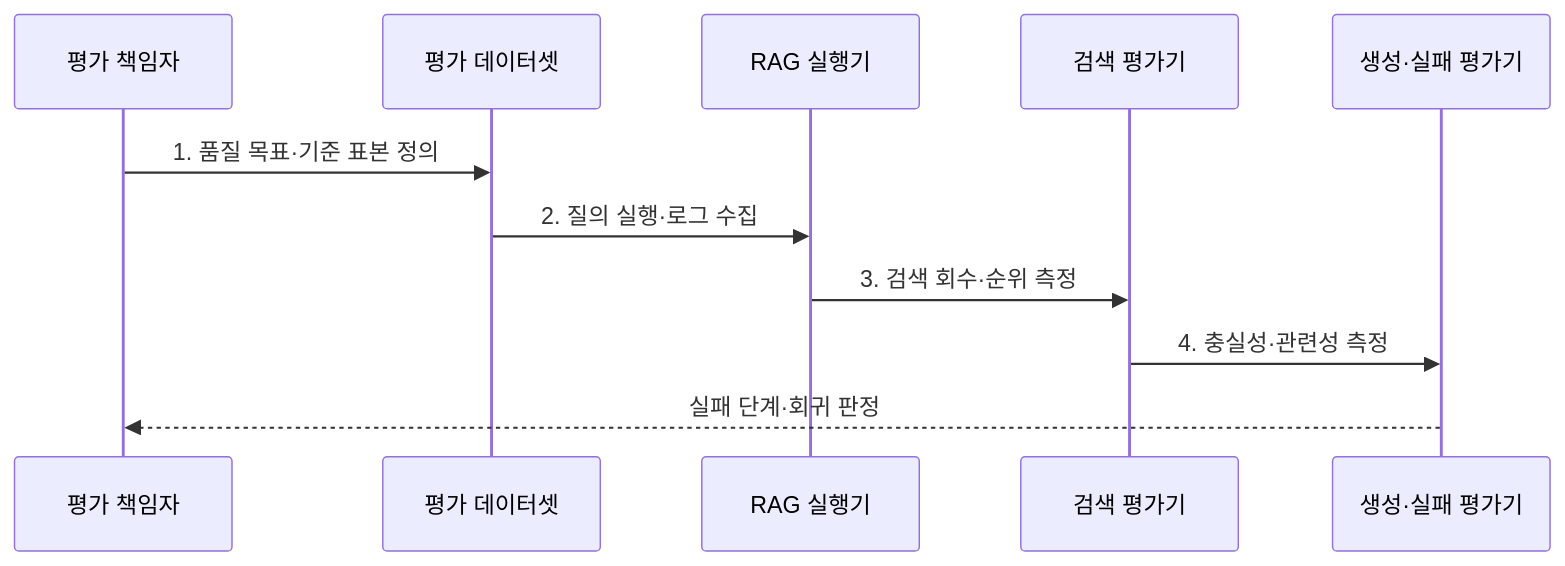
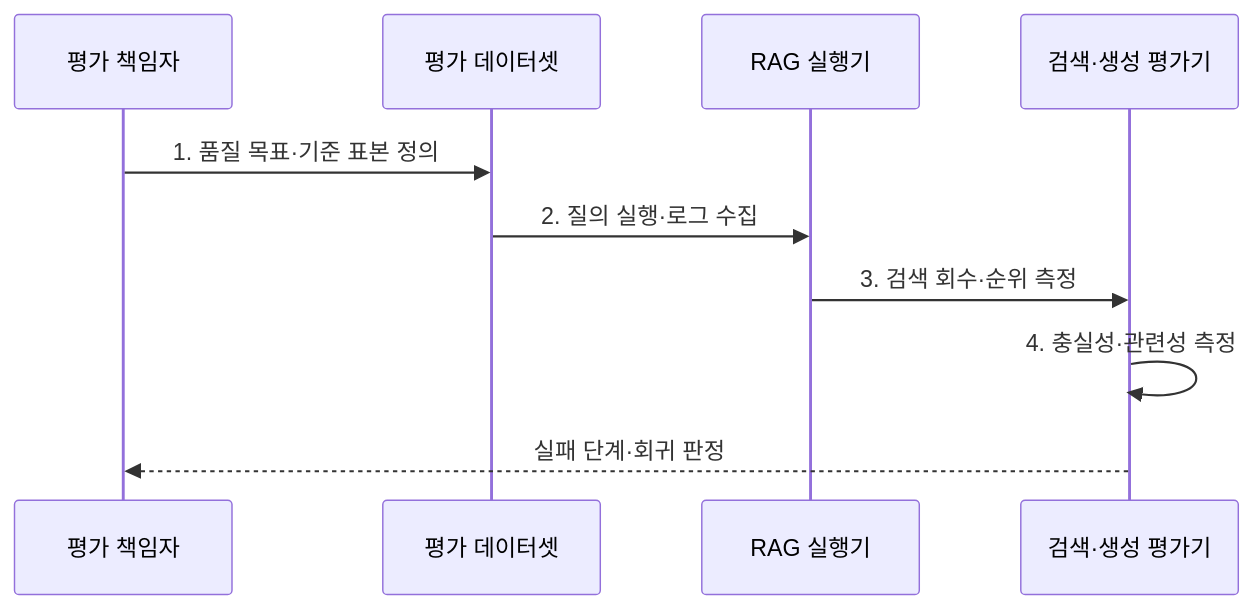
Before and after one commit to agnusdei1207/knowledge-base: the second of 2 diagrams in src/content/docs/notes/08-latest-tech/081_rag_evaluation.md, drawn with Mermaid. The commit also changed 8 other files, not shown here.

Commit message:
Focus AI evaluation and reasoning flows

````diff
--- a/src/content/docs/notes/08-latest-tech/081_rag_evaluation.md
+++ b/src/content/docs/notes/08-latest-tech/081_rag_evaluation.md
@@ -98,13 +98,12 @@
 ```mermaid
 sequenceDiagram
     participant O as 평가 책임자
     participant D as 평가 데이터셋
     participant X as RAG 실행기
-    participant R as 검색 평가기
-    participant G as 생성·실패 평가기
+    participant E as 검색·생성 평가기
     O->>D: 1. 품질 목표·기준 표본 정의
     D->>X: 2. 질의 실행·로그 수집
-    X->>R: 3. 검색 회수·순위 측정
-    R->>G: 4. 충실성·관련성 측정
-    G-->>O: 실패 단계·회귀 판정
+    X->>E: 3. 검색 회수·순위 측정
+    E->>E: 4. 충실성·관련성 측정
+    E-->>O: 실패 단계·회귀 판정
 ```
````
